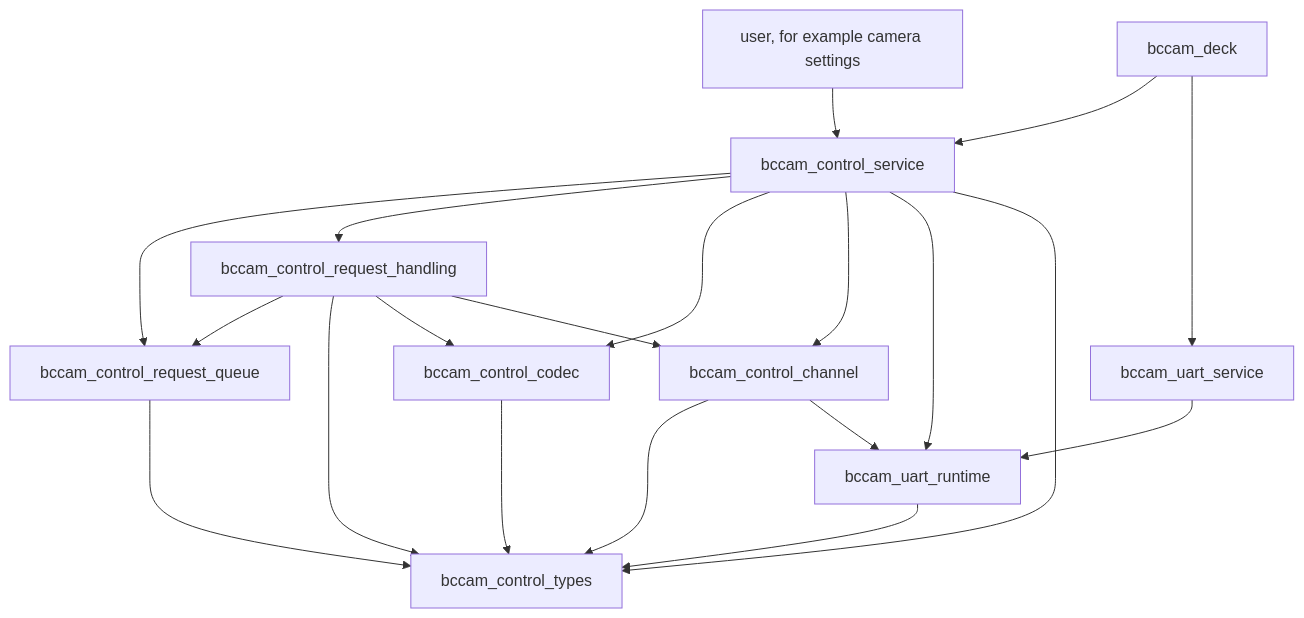
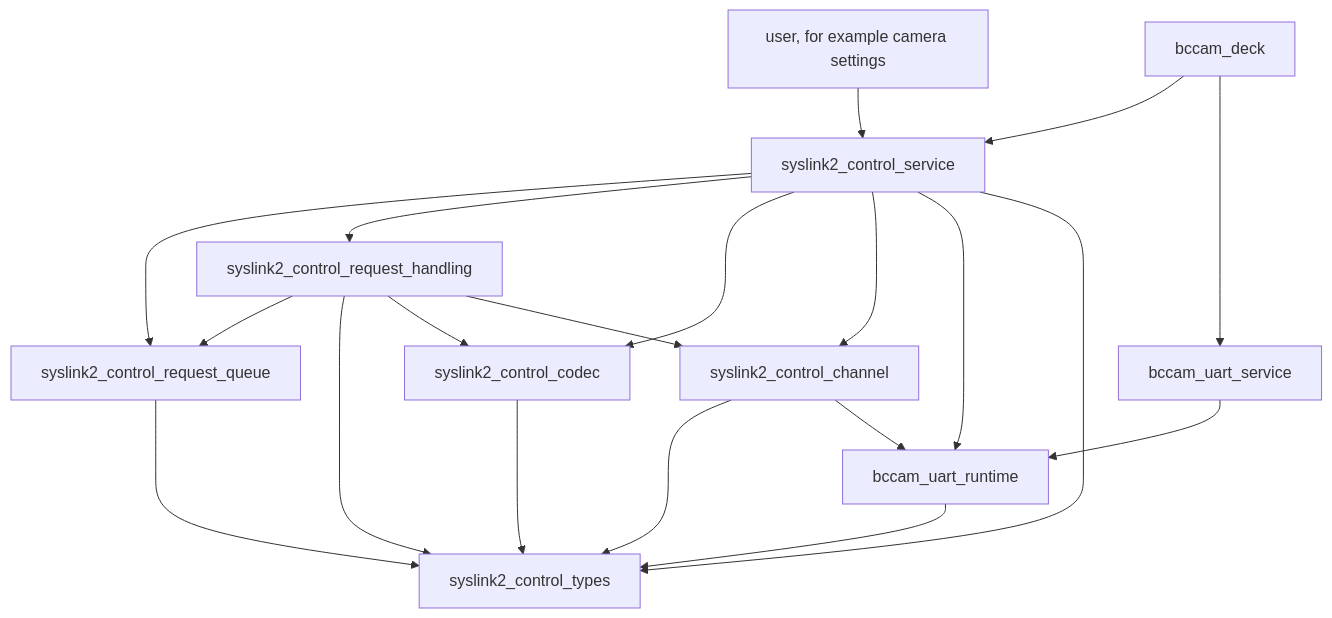
The third of 10 diagrams in docs/functional-areas/camera-deck-control.md (bitcraze/crazyflie-firmware), drawn with Mermaid before and after one commit. The commit also changed other lines of this file, not shown here.

Commit message:
docs: Renamed bccam_ to syslink2_

````diff
--- a/docs/functional-areas/camera-deck-control.md
+++ b/docs/functional-areas/camera-deck-control.md
@@ -395,39 +395,39 @@
 ```mermaid
 flowchart TB
     user["user, for example camera settings"]
     deck["bccam_deck"]
     uart_service["bccam_uart_service"]
 
-    service["bccam_control_service"]
-    handling["bccam_control_request_handling"]
-    queue["bccam_control_request_queue"]
-    codec["bccam_control_codec"]
-    channel["bccam_control_channel"]
+    service["syslink2_control_service"]
+    handling["syslink2_control_request_handling"]
+    queue["syslink2_control_request_queue"]
+    codec["syslink2_control_codec"]
+    channel["syslink2_control_channel"]
 
-    types["bccam_control_types"]
+    types["syslink2_control_types"]
     runtime["bccam_uart_runtime"]
 
     user --> service
     deck --> service
     deck --> uart_service
     uart_service --> runtime
 
     service --> queue
     service --> handling
     service --> codec
     service --> channel
 
     handling --> queue
     handling --> types
     handling --> codec
     handling --> channel
 
     queue --> types
     codec --> types
     channel --> types
 
     service --> runtime
     service --> types
     channel --> runtime
     runtime --> types
 ```
````
